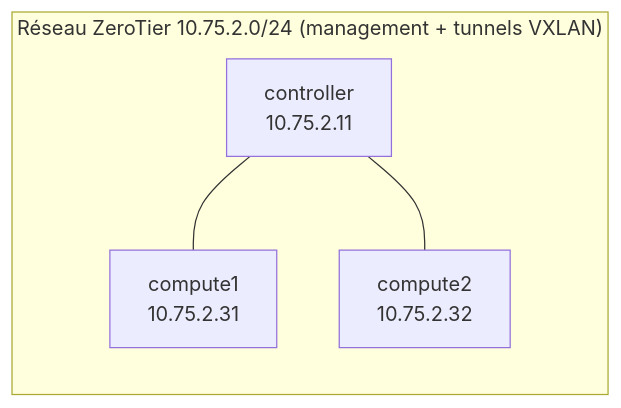
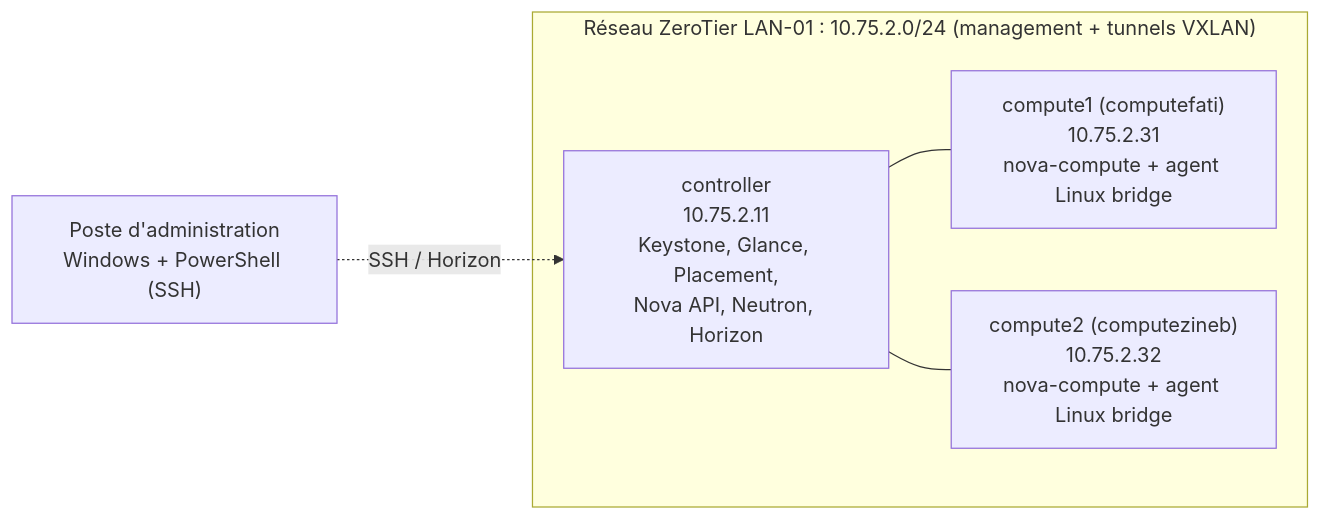
The diagram in README.md (asmaaaa01ab/openstack-multinode-lab), drawn with Mermaid before and after one commit. The commit also changed other lines of this file and 117 other files, not shown here.

````diff
--- a/README.md
+++ b/README.md
@@ -9,10 +28,12 @@
 ```mermaid
 graph LR
-  subgraph ZT["Réseau ZeroTier 10.75.2.0/24 (management + tunnels VXLAN)"]
-    C["controller<br/>10.75.2.11"]
-    K1["compute1<br/>10.75.2.31"]
-    K2["compute2<br/>10.75.2.32"]
+  W["Poste d'administration<br/>Windows + PowerShell (SSH)"]
+  subgraph ZT["Réseau ZeroTier LAN-01 : 10.75.2.0/24 (management + tunnels VXLAN)"]
+    C["controller<br/>10.75.2.11<br/>Keystone, Glance, Placement,<br/>Nova API, Neutron, Horizon"]
+    K1["compute1 (computefati)<br/>10.75.2.31<br/>nova-compute + agent Linux bridge"]
+    K2["compute2 (computezineb)<br/>10.75.2.32<br/>nova-compute + agent Linux bridge"]
   end
+  W -. SSH / Horizon .-> C
   C --- K1
   C --- K2
 ```
````
